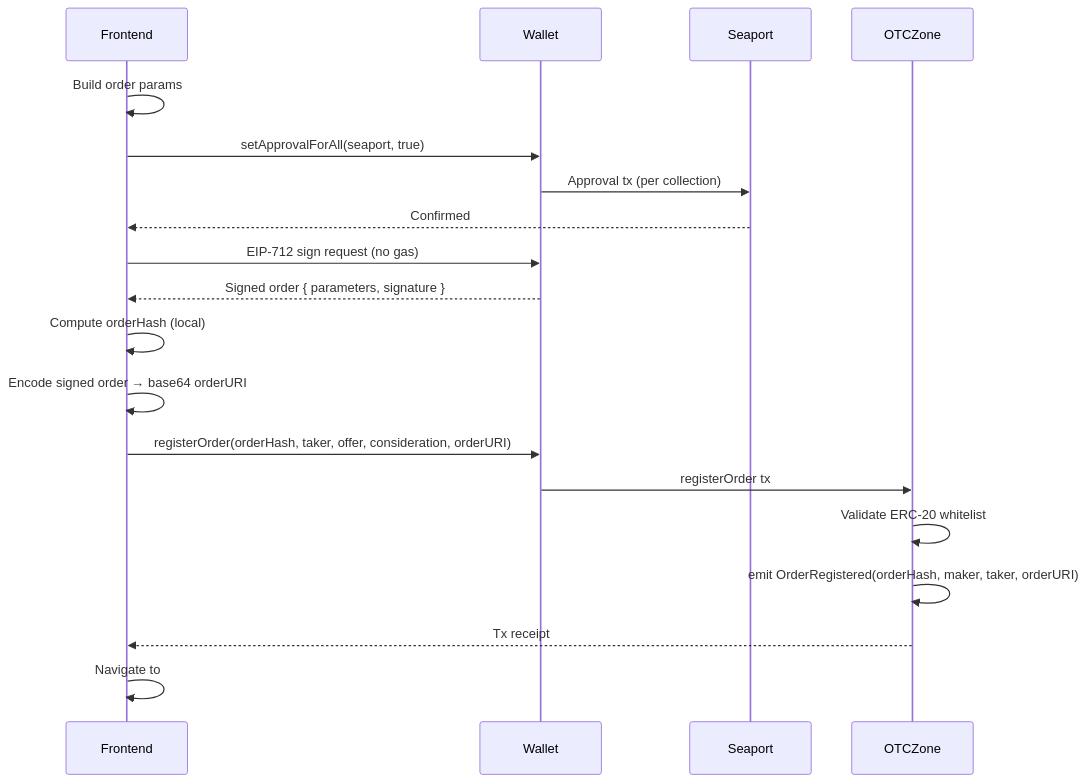
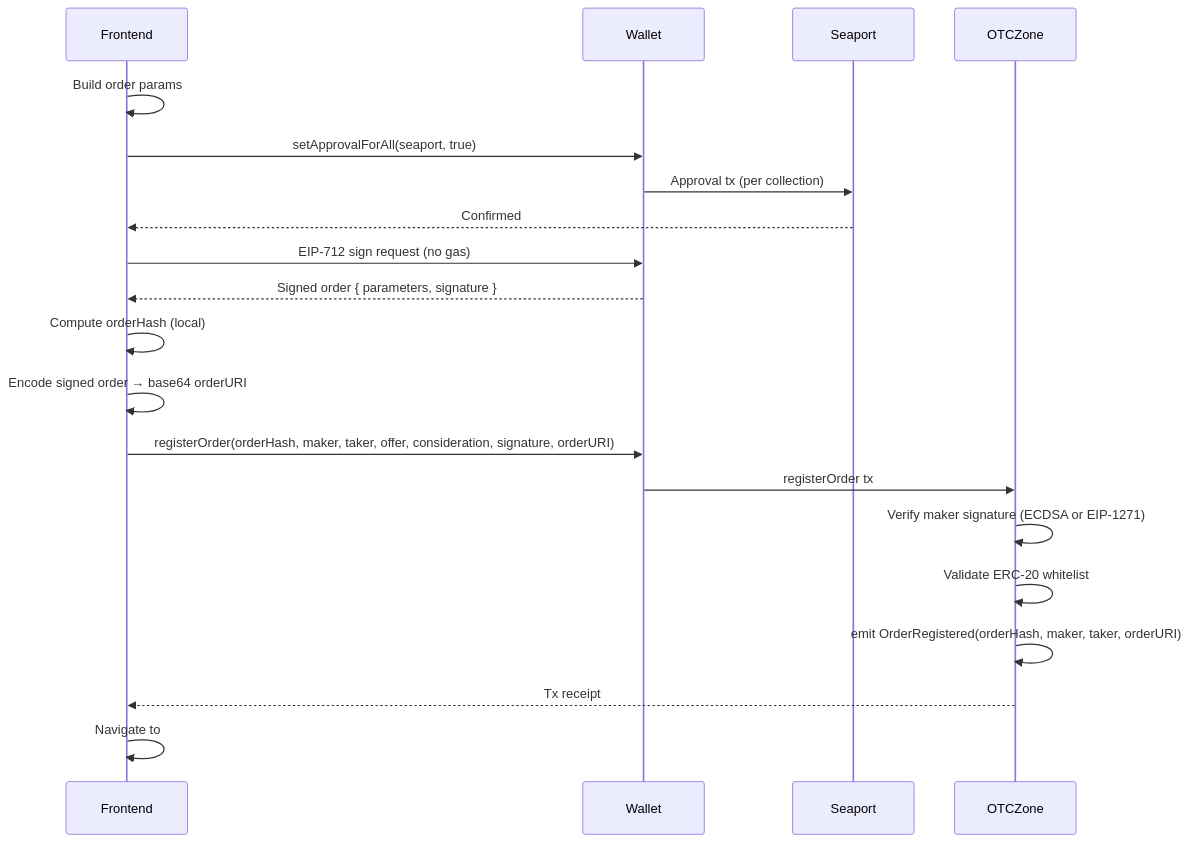
One commit to shukudaidayo/ocarina-trade changed the first of 5 diagrams in docs/flows.md. Above: the diagram before and after it, drawn with Mermaid. The commit also changed 10 other files, not shown here.

````diff
--- a/docs/flows.md
+++ b/docs/flows.md
@@ -5,27 +5,28 @@
 ```mermaid
 sequenceDiagram
     participant F as Frontend
     participant W as Wallet
     participant S as Seaport
     participant Z as OTCZone
 
     F->>F: Build order params
 
     F->>W: setApprovalForAll(seaport, true)
     W->>S: Approval tx (per collection)
     S-->>F: Confirmed
 
     F->>W: EIP-712 sign request (no gas)
     W-->>F: Signed order { parameters, signature }
 
     F->>F: Compute orderHash (local)
     F->>F: Encode signed order → base64 orderURI
 
-    F->>W: registerOrder(orderHash, taker, offer, consideration, orderURI)
+    F->>W: registerOrder(orderHash, maker, taker, offer, consideration, signature, orderURI)
     W->>Z: registerOrder tx
+    Z->>Z: Verify maker signature (ECDSA or EIP-1271)
     Z->>Z: Validate ERC-20 whitelist
     Z->>Z: emit OrderRegistered(orderHash, maker, taker, orderURI)
     Z-->>F: Tx receipt
 
     F->>F: Navigate to #/swap/{chainId}/{txHash}
 ```
````
